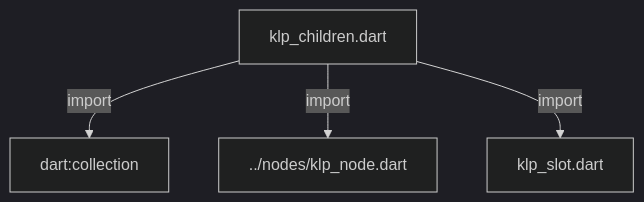
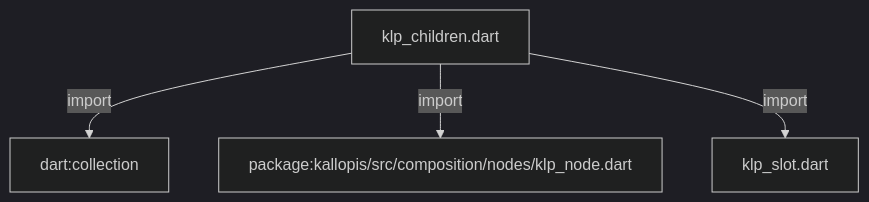
Before and after one commit to MiuDog/Kallopis: the first of 3 diagrams in docs/architecture/src/composition/slots/klp_children.md, drawn with Mermaid (dark theme). The commit also changed other lines of this file and 9688 other files, not shown here.

Commit message:
Prepare isolated Flow F2 peer baseline

````diff
--- a/docs/architecture/src/composition/slots/klp_children.md
+++ b/docs/architecture/src/composition/slots/klp_children.md
@@ -11,10 +11,10 @@
 ```mermaid
 flowchart TD
 	n0["klp_children.dart"]
 	n1["dart:collection"]
-	n2["../nodes/klp_node.dart"]
+	n2["package:kallopis/src/composition/nodes/klp_node.dart"]
 	n3["klp_slot.dart"]
 	n0 -->|"import"| n1
 	n0 -->|"import"| n2
 	n0 -->|"import"| n3
 ```
````
